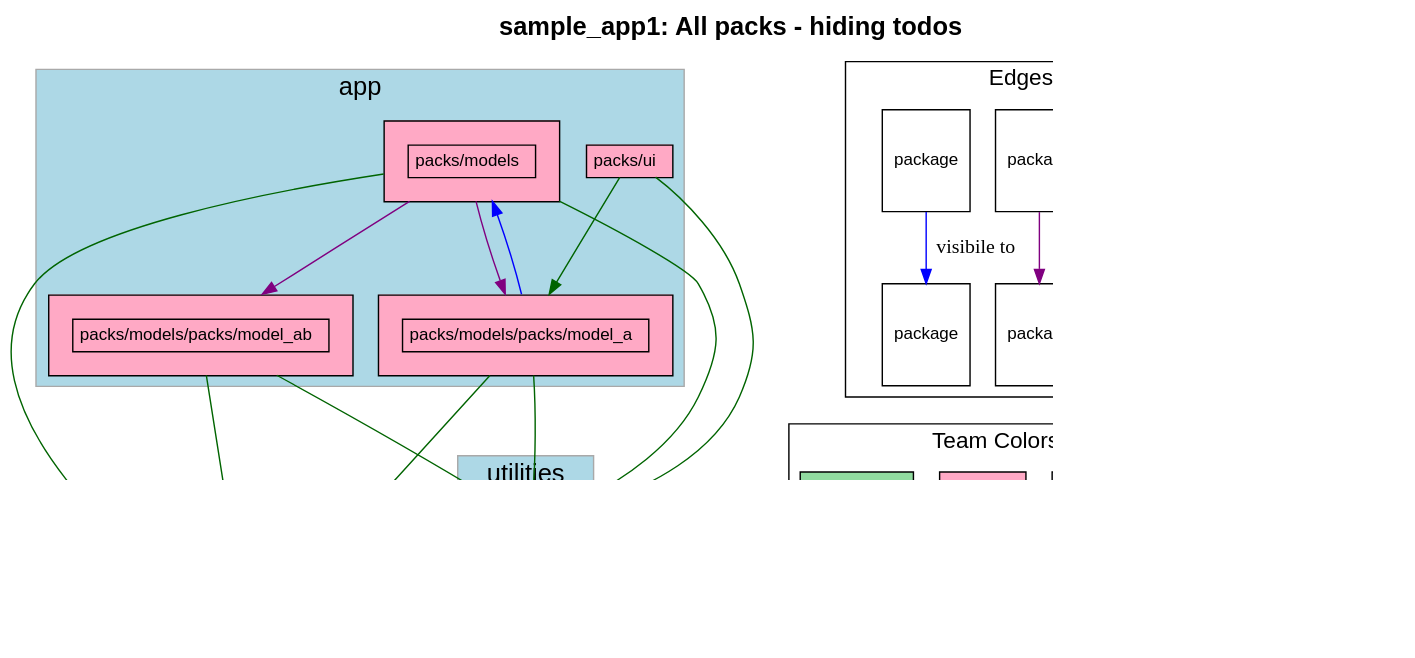
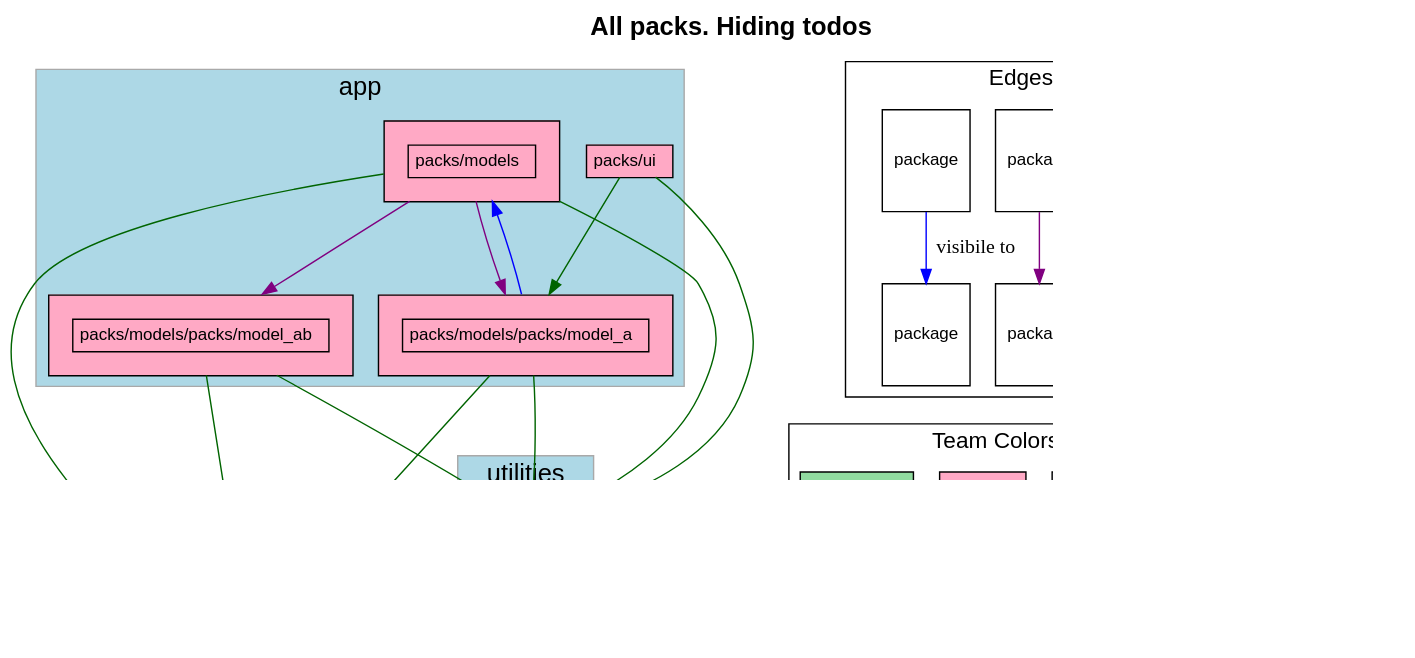
One commit to rubyatscale/visualize_packs changed the diagram in spec/sample_app1/test_output/no_todos.dot. Above: the diagram before and after it, drawn with Graphviz. The commit also changed 21 other files, not shown here.

```diff
--- a/spec/sample_app1/test_output/no_todos.dot
+++ b/spec/sample_app1/test_output/no_todos.dot
@@ -1,190 +1,190 @@
 digraph package_diagram {
   rankdir=TD
   graph [
     labelloc="t"
     fontname="Helvetica,Arial,sans-serif"
     dpi=100
     layout=dot
-    label=<<b>sample_app1: All packs - hiding todos</b>>
+    label=<<b>All packs. Hiding todos</b>>
     fontsize=18
   ]
   node [
     fontname="Helvetica,Arial,sans-serif"
     fontsize=26.0
     fontcolor=black
     fillcolor=white
     color=black
     height=1.0
     style=filled
     shape=plain
   ]
     subgraph app {
       shape=box
       color=darkgrey
       fillcolor=lightblue
       style=filled
         label="app"
         cluster=true
         rank = 0        "packs/models" [
             fontsize=12.0
               URL="https://github.com/rubyatscale/visualize_packwerk/tree/main/spec/sample_app/packs/models"
 
               style=filled
               fillcolor="#FFA9C5"
             label= <
                 <table border='0' cellborder='1' cellspacing='0' cellpadding='16'><tr><td>
                   <table border='0' cellborder='1' cellspacing='0' cellpadding='4'>
                     <tr> <td port='private'> packs/models </td> </tr>
                   </table>
                 </td></tr></table>
               >
           ]
         
         "packs/models/packs/model_a" [
             fontsize=12.0
               URL="https://github.com/rubyatscale/visualize_packwerk/tree/main/spec/sample_app/packs/models/packs/model_a"
 
               style=filled
               fillcolor="#FFA9C5"
             label= <
                 <table border='0' cellborder='1' cellspacing='0' cellpadding='16'><tr><td>
                   <table border='0' cellborder='1' cellspacing='0' cellpadding='4'>
                     <tr> <td port='private'> packs/models/packs/model_a </td> </tr>
                   </table>
                 </td></tr></table>
               >
           ]
         
         "packs/models/packs/model_ab" [
             fontsize=12.0
               URL="https://github.com/rubyatscale/visualize_packwerk/tree/main/spec/sample_app/packs/models/packs/model_ab"
 
               style=filled
               fillcolor="#FFA9C5"
             label= <
                 <table border='0' cellborder='1' cellspacing='0' cellpadding='16'><tr><td>
                   <table border='0' cellborder='1' cellspacing='0' cellpadding='4'>
                     <tr> <td port='private'> packs/models/packs/model_ab </td> </tr>
                   </table>
                 </td></tr></table>
               >
           ]
         
         "packs/ui" [
             fontsize=12.0
               URL="https://github.com/rubyatscale/visualize_packwerk/tree/main/spec/sample_app/packs/ui"
 
               style=filled
               fillcolor="#FFA9C5"
             label= <
                 <table border='0' cellborder='1' cellspacing='0' cellpadding='4'>
                   <tr> <td align='left'> packs/ui </td> </tr>
                 </table>
               >
           ]
         
     }
     subgraph utilities {
       shape=box
       color=darkgrey
       fillcolor=lightblue
       style=filled
         label="utilities"
         cluster=true
         rank = 1        "packs/utility" [
             fontsize=12.0
               URL="https://github.com/rubyatscale/visualize_packwerk/tree/main/spec/sample_app/packs/utility"
 
               style=filled
               fillcolor="#91DBA0"
             label= <
                 <table border='0' cellborder='1' cellspacing='0' cellpadding='4'>
                   <tr> <td align='left'> packs/utility </td> </tr>
                 </table>
               >
           ]
         
     }
               "packs/models" -> "packs/utility" [ style=invis ]
               "packs/models/packs/model_a" -> "packs/utility" [ style=invis ]
               "packs/models/packs/model_ab" -> "packs/utility" [ style=invis ]
               "packs/ui" -> "packs/utility" [ style=invis ]
     subgraph NotInLayer {
       shape=box
       color=darkgrey
       fillcolor=lightblue
       style=filled
         cluster=false
         "." [
             fontsize=12.0
               URL="https://github.com/rubyatscale/visualize_packwerk/tree/main/spec/sample_app/"
 
               style=filled
               fillcolor="#B5B4BD"
             label= <
                 <table border='0' cellborder='1' cellspacing='0' cellpadding='4'>
                   <tr> <td align='left'> . </td> </tr>
                 </table>
               >
           ]
         
     }
               "packs/utility" -> "." [ style=invis ]
           "packs/models" -> "packs/utility" [ color=darkgreen ]
           "packs/models" -> "." [ color=darkgreen ]
           "packs/models/packs/model_a" -> "packs/utility" [ color=darkgreen ]
           "packs/models/packs/model_a" -> "." [ color=darkgreen ]
           "packs/models/packs/model_ab" -> "packs/utility" [ color=darkgreen ]
           "packs/models/packs/model_ab" -> "." [ color=darkgreen ]
           "packs/ui" -> "packs/models/packs/model_a" [ color=darkgreen ]
           "packs/ui" -> "packs/utility" [ color=darkgreen ]
           "packs/models" -> "packs/models/packs/model_a" [ color=purple ]
           "packs/models" -> "packs/models/packs/model_ab" [ color=purple ]
         "packs/models/packs/model_a" -> "packs/models" [ color=blue constraint=false ]
     subgraph cluster_legend {
       fontsize=16
       label="Edges Styles and Arrow Heads"
       A [ fontsize=12 shape=box label="package"]
       B [ fontsize=12 shape=box label="package"]
       A -> B [label="accepted dependency" color=darkgreen]
       K [ fontsize=12 shape=box label="package"]
       L [ fontsize=12 shape=box label="package"]
       K -> L [label="nested package" color=purple]
       M [ fontsize=12 shape=box label="package"]
       N [ fontsize=12 shape=box label="package"]
       M -> N [label="visibile to" color=blue]
       LEGEND_NODE_1 [ label="" peripheries=0 height=0 width=0 style=invis ]
       LEGEND_NODE_2 [ label="" peripheries=0 height=0 width=0 style=invis ]
       LEGEND_NODE_1 -> LEGEND_NODE_2 [ style=invis ]
     }
   subgraph cluster_teams_legend {
     fontsize=16
     label="Team Colors"
 
       "ProdInfra TeamProdInfra Team" [
         label="ProdInfra Team"
         style=filled
         fillcolor="#B5B4BD"
         fontsize=12
         shape=box
       ]
 
       "UI TeamUI Team" [
         label="UI Team"
         style=filled
         fillcolor="#FFA9C5"
         fontsize=12
         shape=box
       ]
 
       "Utility TeamUtility Team" [
         label="Utility Team"
         style=filled
         fillcolor="#91DBA0"
         fontsize=12
         shape=box
       ]
 
   }
     LEGEND_NODE_2 -> "Utility TeamUtility Team" [style=invis]
 }
```
